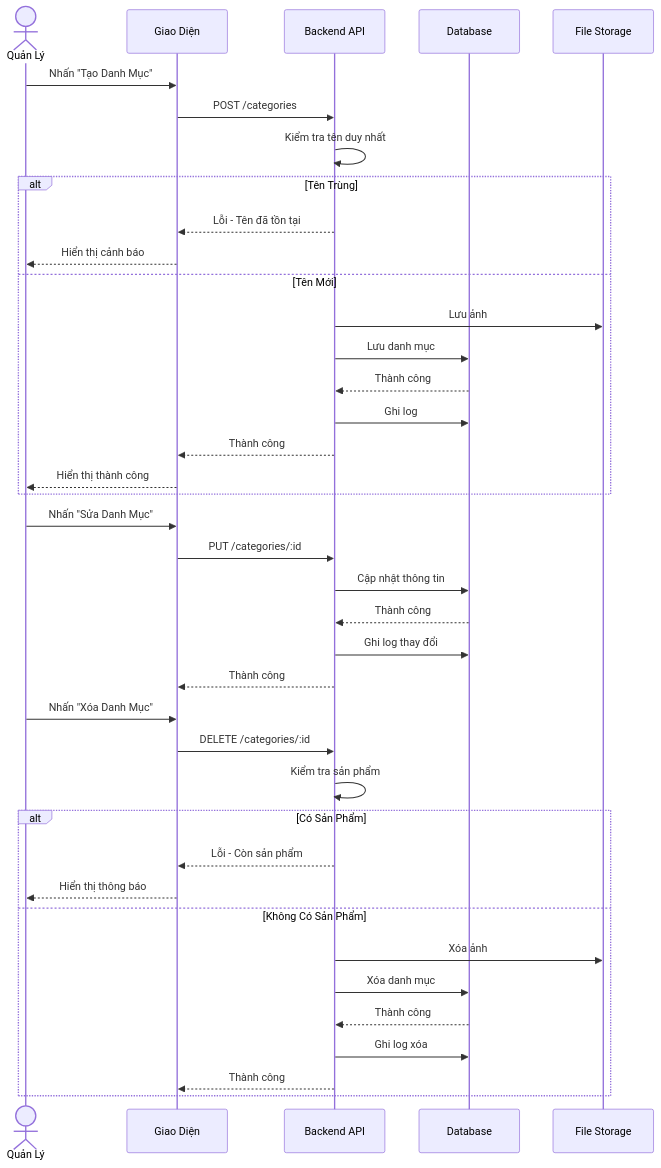
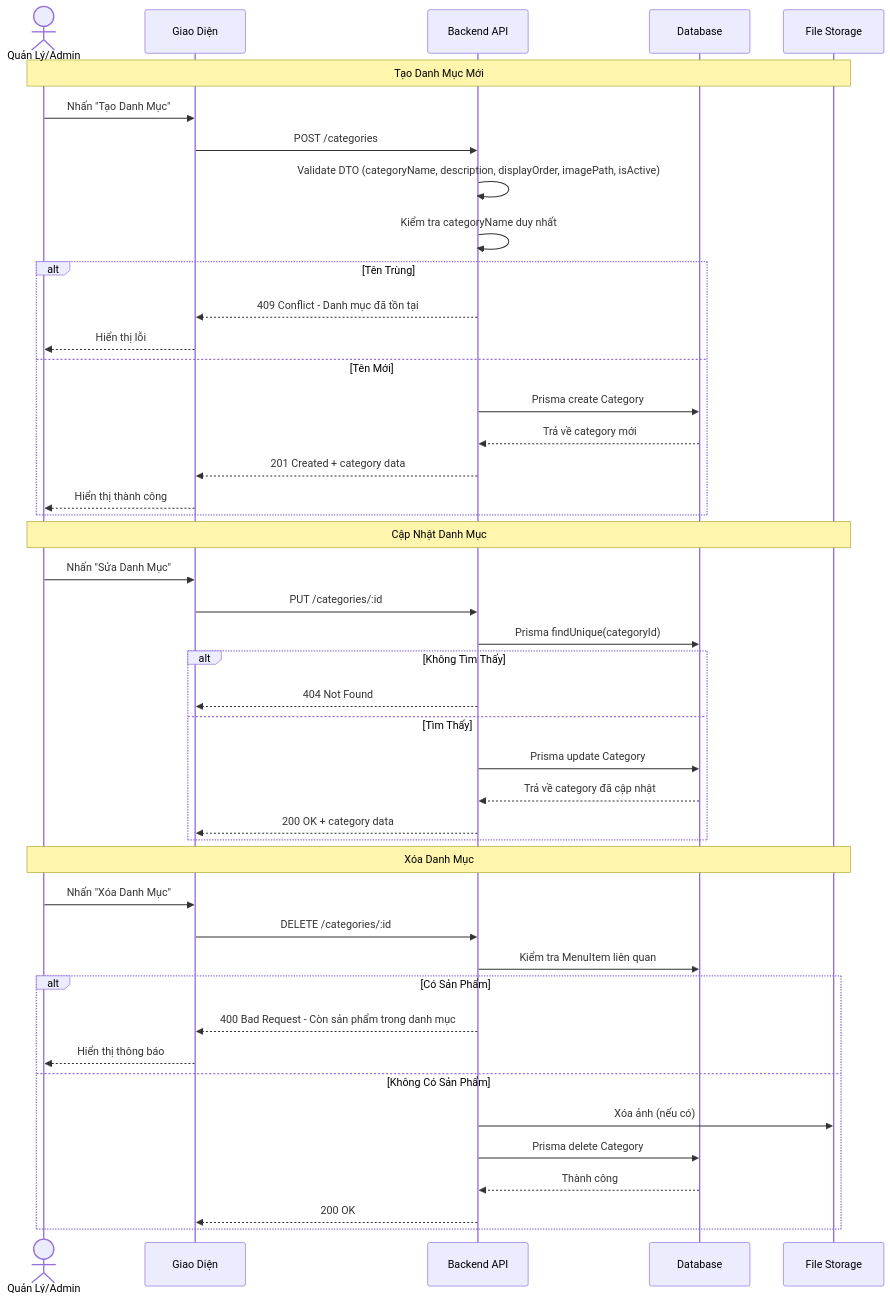
Before and after one commit to huy1235588/restaurant-management: the second of 12 diagrams in docs/diagrams/MENU_MANAGEMENT_DIAGRAMS.md, drawn with Mermaid. The commit also changed other lines of this file and 18 other files, not shown here.

Commit message:
Update documentation for Order Management, Reservation Management, and Staff Management modules to reflect real-world implementation as of June 2025. Enhance data structures, API endpoints, and feature descriptions while noting future development plans and integration details.

````diff
--- a/docs/diagrams/MENU_MANAGEMENT_DIAGRAMS.md
+++ b/docs/diagrams/MENU_MANAGEMENT_DIAGRAMS.md
@@ -46,46 +42,51 @@
 ```mermaid
 sequenceDiagram
-    actor User as Quản Lý
+    actor User as Quản Lý/Admin
     participant UI as Giao Diện
     participant API as Backend API
     participant DB as Database
     participant Storage as File Storage
 
+    Note over User,Storage: Tạo Danh Mục Mới
     User ->> UI: Nhấn "Tạo Danh Mục"
     UI ->> API: POST /categories
-    API ->> API: Kiểm tra tên duy nhất
+    API ->> API: Validate DTO (categoryName, description, displayOrder, imagePath, isActive)
+    API ->> API: Kiểm tra categoryName duy nhất
 
     alt Tên Trùng
-        API -->> UI: Lỗi - Tên đã tồn tại
-        UI -->> User: Hiển thị cảnh báo
+        API -->> UI: 409 Conflict - Danh mục đã tồn tại
+        UI -->> User: Hiển thị lỗi
     else Tên Mới
-        API ->> Storage: Lưu ảnh
-        API ->> DB: Lưu danh mục
-        DB -->> API: Thành công
-        API ->> DB: Ghi log
-        API -->> UI: Thành công
+        API ->> DB: Prisma create Category
+        DB -->> API: Trả về category mới
+        API -->> UI: 201 Created + category data
         UI -->> User: Hiển thị thành công
     end
 
+    Note over User,Storage: Cập Nhật Danh Mục
     User ->> UI: Nhấn "Sửa Danh Mục"
     UI ->> API: PUT /categories/:id
-    API ->> DB: Cập nhật thông tin
-    DB -->> API: Thành công
-    API ->> DB: Ghi log thay đổi
-    API -->> UI: Thành công
+    API ->> DB: Prisma findUnique(categoryId)
+    alt Không Tìm Thấy
+        API -->> UI: 404 Not Found
+    else Tìm Thấy
+        API ->> DB: Prisma update Category
+        DB -->> API: Trả về category đã cập nhật
+        API -->> UI: 200 OK + category data
+    end
 
+    Note over User,Storage: Xóa Danh Mục
     User ->> UI: Nhấn "Xóa Danh Mục"
     UI ->> API: DELETE /categories/:id
-    API ->> API: Kiểm tra sản phẩm
+    API ->> DB: Kiểm tra MenuItem liên quan
 
     alt Có Sản Phẩm
-        API -->> UI: Lỗi - Còn sản phẩm
+        API -->> UI: 400 Bad Request - Còn sản phẩm trong danh mục
         UI -->> User: Hiển thị thông báo
     else Không Có Sản Phẩm
-        API ->> Storage: Xóa ảnh
-        API ->> DB: Xóa danh mục
+        API ->> Storage: Xóa ảnh (nếu có)
+        API ->> DB: Prisma delete Category
         DB -->> API: Thành công
-        API ->> DB: Ghi log xóa
-        API -->> UI: Thành công
+        API -->> UI: 200 OK
     end
 ```
````
